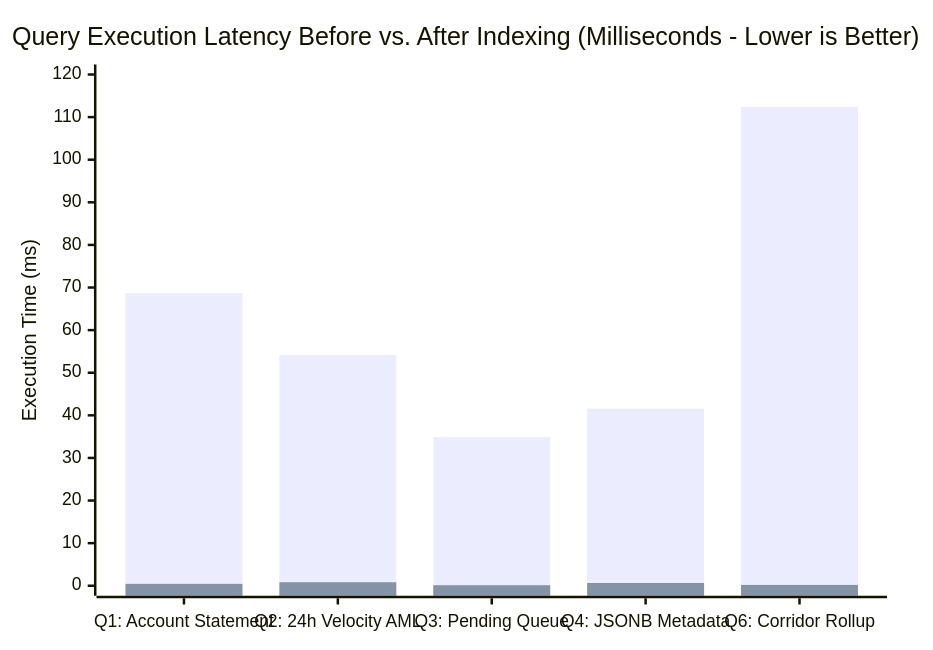
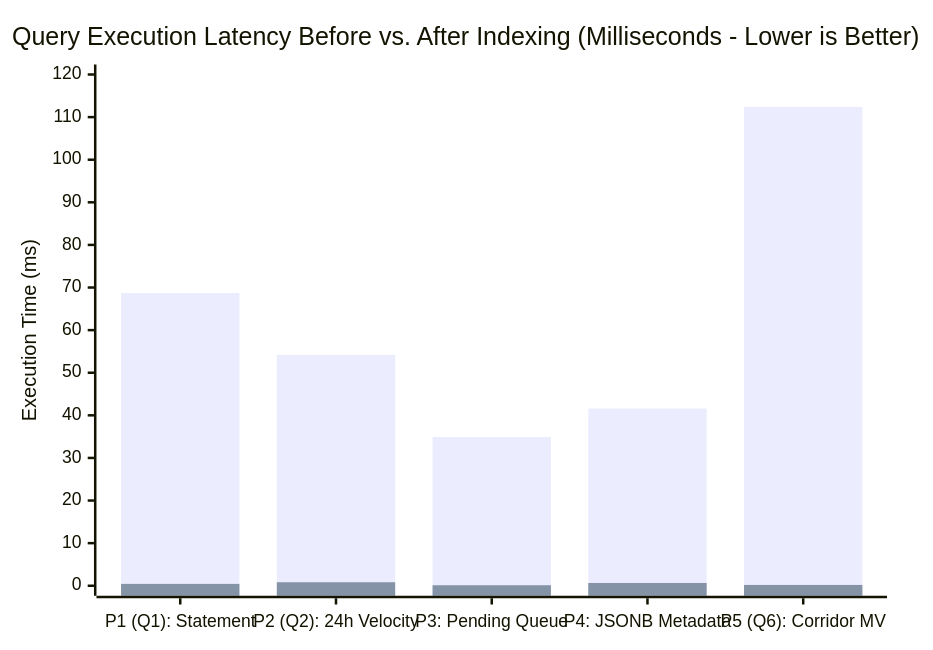
Before and after one commit to D0nG4667/gpmorgan-forge-de-portfolio: the second of 2 diagrams in portfolio-2-query-optimisation/README.md, drawn with Mermaid. The commit also changed other lines of this file and 9 other files, not shown here.

````diff
--- a/portfolio-2-query-optimisation/README.md
+++ b/portfolio-2-query-optimisation/README.md
@@ -53,8 +55,8 @@
 ```mermaid
 xychart-beta
     title "Query Execution Latency Before vs. After Indexing (Milliseconds - Lower is Better)"
-    x-axis ["Q1: Account Statement", "Q2: 24h Velocity AML", "Q3: Pending Queue", "Q4: JSONB Metadata", "Q6: Corridor Rollup"]
+    x-axis ["P1 (Q1): Statement", "P2 (Q2): 24h Velocity", "P3: Pending Queue", "P4: JSONB Metadata", "P5 (Q6): Corridor MV"]
     y-axis "Execution Time (ms)" 0 --> 120
     bar [68.71, 54.18, 34.92, 41.60, 112.40]
     bar [0.44, 0.82, 0.12, 0.65, 0.19]
 ```
````
